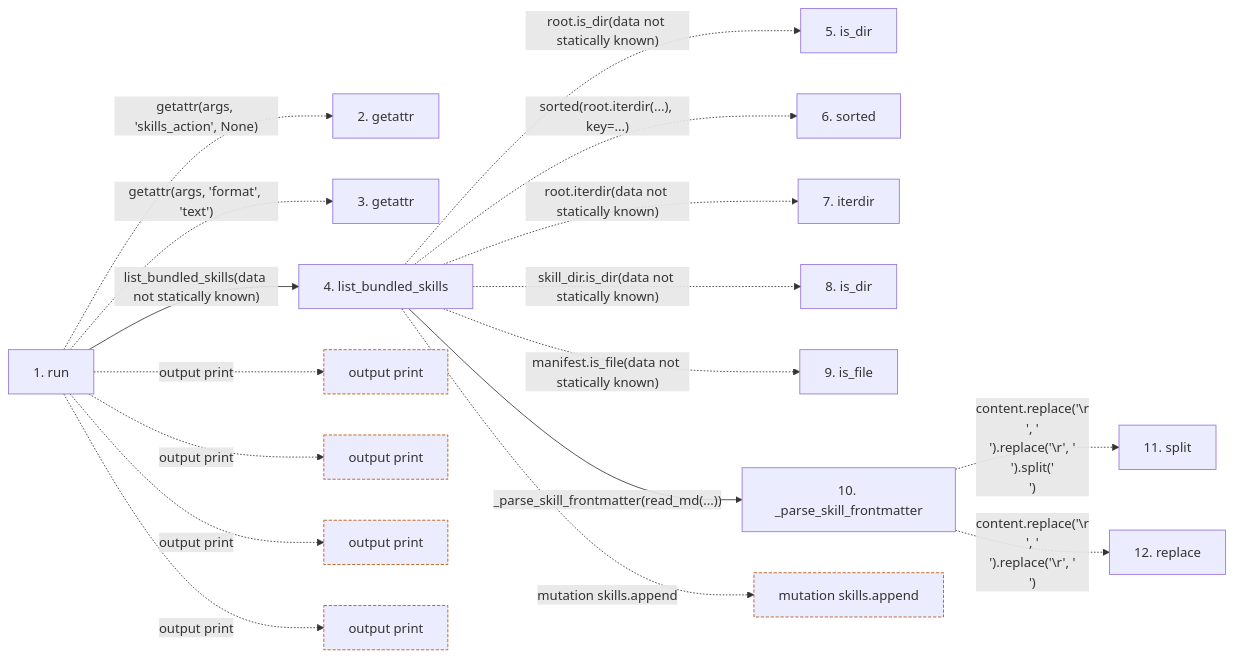
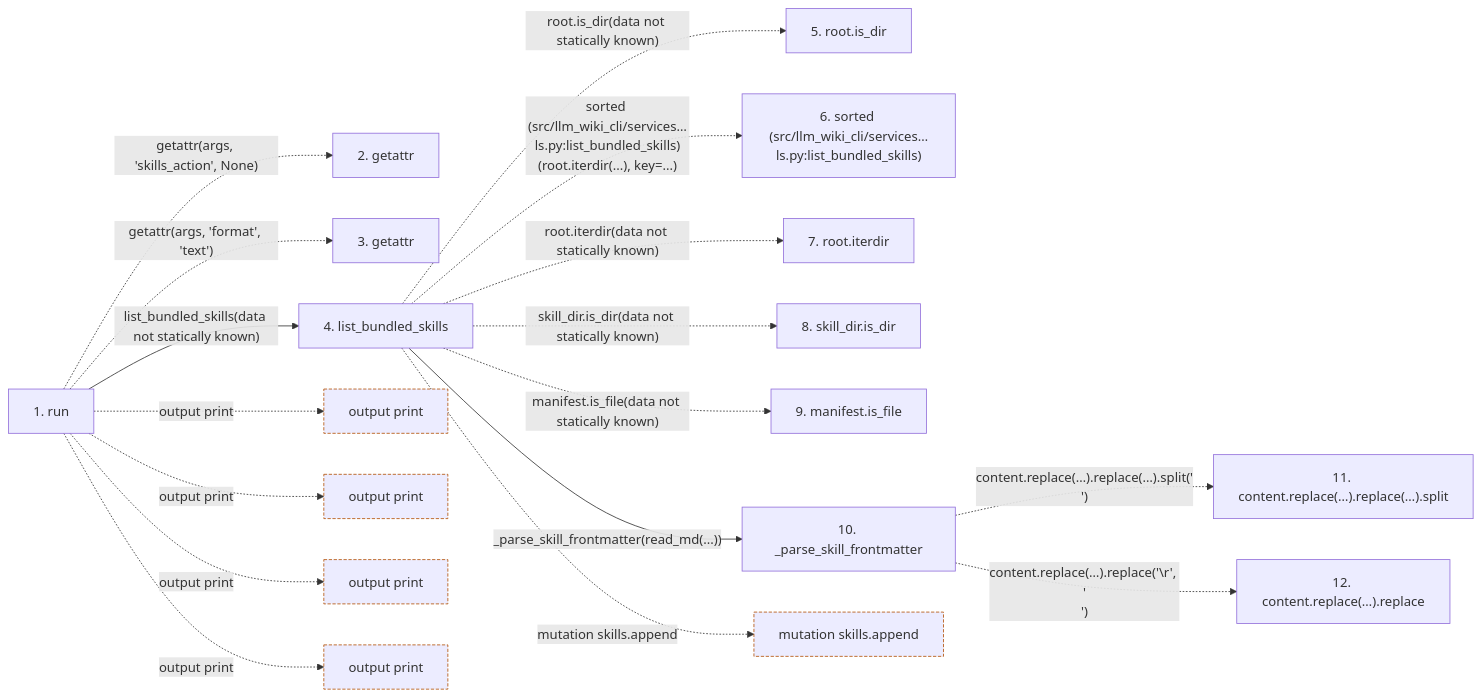
The second of 2 diagrams in docs/llm_wiki/flows/cli-skills.md (Denissvgn/python-wiki-llm), drawn with Mermaid before and after one commit. The commit also changed other lines of this file and 719 other files, not shown here.

Commit message:
docs: refresh wiki while retaining archived workflow content

````diff
--- a/docs/llm_wiki/flows/cli-skills.md
+++ b/docs/llm_wiki/flows/cli-skills.md
@@ -71,45 +78,45 @@
 ```mermaid
 flowchart LR
     s1["1. run"]
     s2["2. getattr"]
     s3["3. getattr"]
     s4["4. list_bundled_skills"]
-    s5["5. is_dir"]
-    s6["6. sorted"]
-    s7["7. iterdir"]
-    s8["8. is_dir"]
-    s9["9. is_file"]
+    s5["5. root.is_dir"]
+    s6["6. sorted (src/llm_wiki_cli/services…ls.py:list_bundled_skills)"]
+    s7["7. root.iterdir"]
+    s8["8. skill_dir.is_dir"]
+    s9["9. manifest.is_file"]
     s10["10. _parse_skill_frontmatter"]
-    s11["11. split"]
-    s12["12. replace"]
+    s11["11. content.replace(…).replace(…).split"]
+    s12["12. content.replace(…).replace"]
     s1 -. "getattr(args, 'skills_action', None)" .-> s2
     s1 -. "getattr(args, 'format', 'text')" .-> s3
     s1 -->|"list_bundled_skills(data not statically known)"| s4
     s4 -. "root.is_dir(data not statically known)" .-> s5
-    s4 -. "sorted(root.iterdir(...), key=...)" .-> s6
+    s4 -. "sorted (src/llm_wiki_cli/services…ls.py:list_bundled_skills)(root.iterdir(...), key=...)" .-> s6
     s4 -. "root.iterdir(data not statically known)" .-> s7
     s4 -. "skill_dir.is_dir(data not statically known)" .-> s8
     s4 -. "manifest.is_file(data not statically known)" .-> s9
     s4 -->|"_parse_skill_frontmatter(read_md(...))"| s10
-    s10 -. "content.replace('\r\n', '\n').replace('\r', '\n').split('\n')" .-> s11
-    s10 -. "content.replace('\r\n', '\n').replace('\r', '\n')" .-> s12
+    s10 -. "content.replace(…).replace(…).split('\n')" .-> s11
+    s10 -. "content.replace(…).replace('\r', '\n')" .-> s12
     b0["output print"]
     s1 -. "output print" .-> b0
     b1["output print"]
     s1 -. "output print" .-> b1
     b2["output print"]
     s1 -. "output print" .-> b2
     b3["output print"]
     s1 -. "output print" .-> b3
     b4["mutation skills.append"]
     s4 -. "mutation skills.append" .-> b4
     click s1 "../modules/skills_cmd.md"
     click s4 "../modules/skills.md"
     click s10 "../modules/skills.md"
     classDef boundary stroke:#b45309,stroke-dasharray: 4 2
     class b0 boundary
     class b1 boundary
     class b2 boundary
     class b3 boundary
     class b4 boundary
 ```
````
